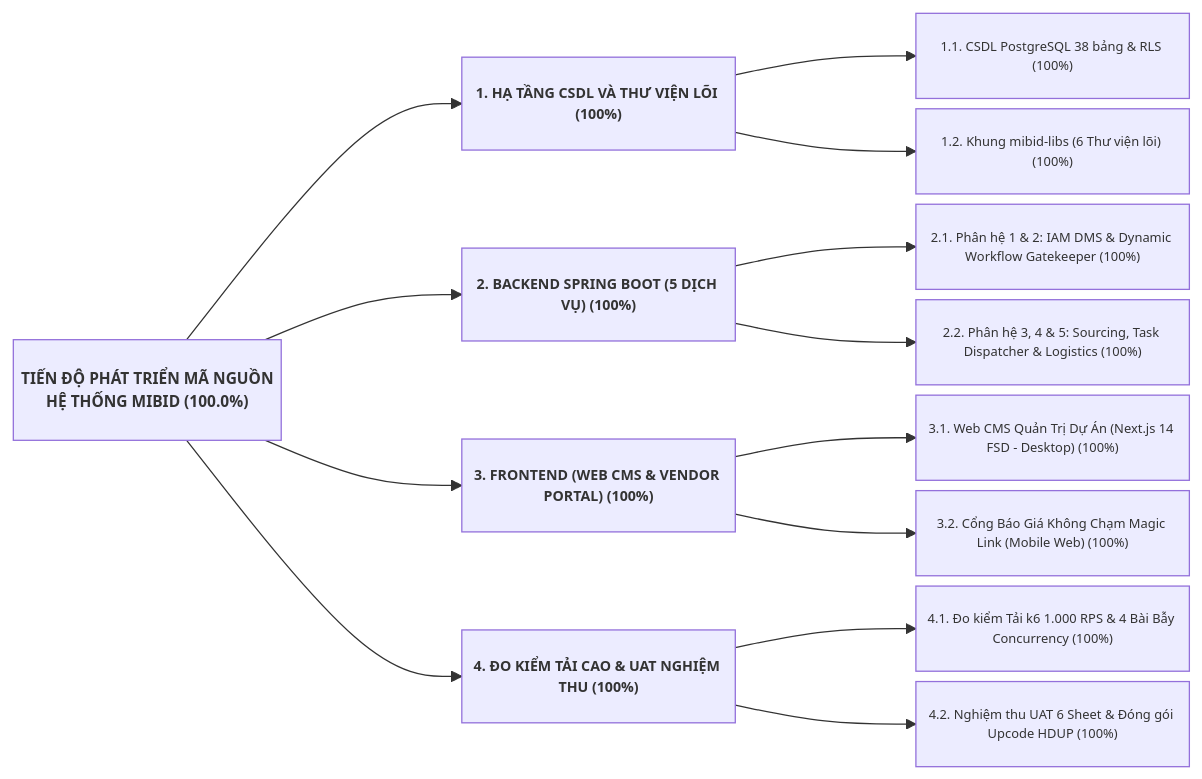
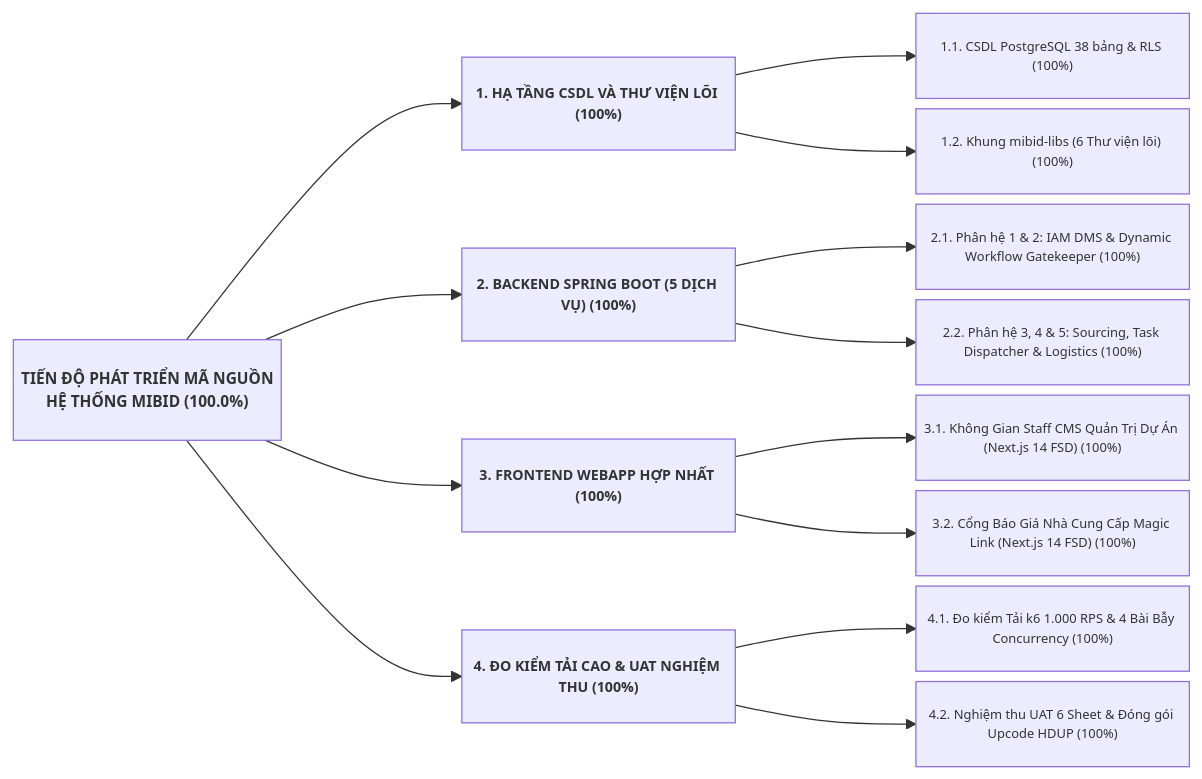
The first of 4 diagrams in plan/dev-plan.md (chapisoft/mibid), drawn with Mermaid before and after one commit. The commit also changed other lines of this file and 58 other files, not shown here.

````diff
--- a/plan/dev-plan.md
+++ b/plan/dev-plan.md
@@ -9,38 +9,38 @@
 ```mermaid
 %%{init: {'flowchart': {'nodeSpacing': 8, 'rankSpacing': 140, 'padding': 3, 'curve': 'basis'}}}%%
 flowchart LR
     %% GỐC HỆ THỐNG
     ROOT["TIẾN ĐỘ PHÁT TRIỂN MÃ NGUỒN<br/>HỆ THỐNG MIBID (100.0%)"]:::cLevel0
 
     %% CÁC KHỐI GIAI ĐOẠN
     MOD1["1. HẠ TẦNG CSDL VÀ THƯ VIỆN LÕI (100%)"]:::cLevel1
     MOD2["2. BACKEND SPRING BOOT (5 DỊCH VỤ) (100%)"]:::cLevel1
-    MOD3["3. FRONTEND (WEB CMS & VENDOR PORTAL) (100%)"]:::cLevel1
+    MOD3["3. FRONTEND WEBAPP HỢP NHẤT (100%)"]:::cLevel1
     MOD4["4. ĐO KIỂM TẢI CAO & UAT NGHIỆM THU (100%)"]:::cLevel1
 
     T1["1.1. CSDL PostgreSQL 38 bảng & RLS (100%)"]:::cLevel2
     T2["1.2. Khung mibid-libs (6 Thư viện lõi) (100%)"]:::cLevel2
 
     T3["2.1. Phân hệ 1 & 2: IAM DMS & Dynamic Workflow Gatekeeper (100%)"]:::cLevel2
     T4["2.2. Phân hệ 3, 4 & 5: Sourcing, Task Dispatcher & Logistics (100%)"]:::cLevel2
 
-    T5["3.1. Web CMS Quản Trị Dự Án (Next.js 14 FSD - Desktop) (100%)"]:::cLevel2
-    T6["3.2. Cổng Báo Giá Không Chạm Magic Link (Mobile Web) (100%)"]:::cLevel2
+    T5["3.1. Không Gian Staff CMS Quản Trị Dự Án (Next.js 14 FSD) (100%)"]:::cLevel2
+    T6["3.2. Cổng Báo Giá Nhà Cung Cấp Magic Link (Next.js 14 FSD) (100%)"]:::cLevel2
 
     T7["4.1. Đo kiểm Tải k6 1.000 RPS & 4 Bài Bẫy Concurrency (100%)"]:::cLevel2
     T8["4.2. Nghiệm thu UAT 6 Sheet & Đóng gói Upcode HDUP (100%)"]:::cLevel2
 
     %% LIÊN KẾT TỪ GỐC
     ROOT --> MOD1 & MOD2 & MOD3 & MOD4
 
     %% LIÊN KẾT CHI TIẾT
     MOD1 --> T1 & T2
     MOD2 --> T3 & T4
     MOD3 --> T5 & T6
     MOD4 --> T7 & T8
 
     %% ĐỊNH DẠNG Ô
     classDef cLevel0 font-size:12px,font-weight:bold,padding:8px 20px;
     classDef cLevel1 font-size:11px,font-weight:bold,padding:6px 16px;
     classDef cLevel2 font-size:10px,padding:4px 12px;
 ```
````
